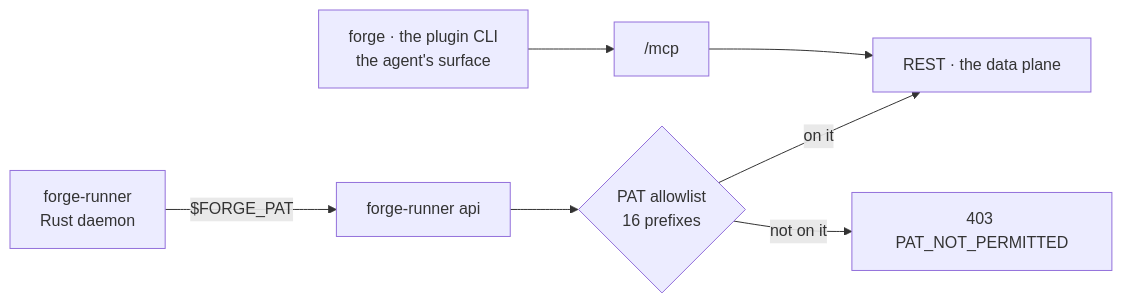
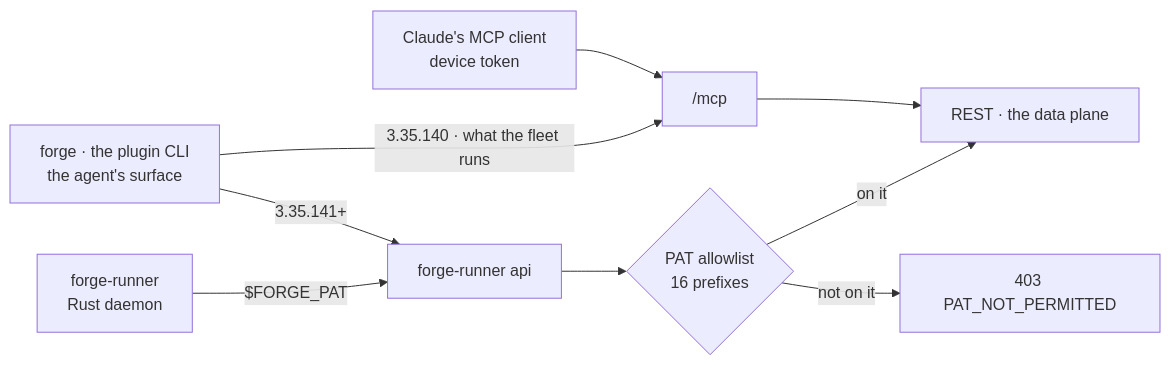
Before and after one commit to SidCorp-co/forge: the diagram in docs/architecture/data-plane-surface.md, drawn with Mermaid. The commit also changed other lines of this file and 7 other files, not shown here.

````diff
--- a/docs/architecture/data-plane-surface.md
+++ b/docs/architecture/data-plane-surface.md
@@ -17,9 +19,11 @@
 ```mermaid
 flowchart LR
   D["forge-runner<br/>Rust daemon"] -->|"$FORGE_PAT"| CLI["forge-runner api"]
-  P["forge · the plugin CLI<br/>the agent's surface"] --> MCP["/mcp"]
+  P["forge · the plugin CLI<br/>the agent's surface"] -->|"3.35.141+"| CLI
+  P -->|"3.35.140 · what the fleet runs"| MCP["/mcp"]
+  MC["Claude's MCP client<br/>device token"] --> MCP
   CLI --> F{"PAT allowlist<br/>16 prefixes"}
   F -->|on it| R["REST · the data plane"]
   F -->|not on it| X["403 PAT_NOT_PERMITTED"]
   MCP --> R
 ```
````
